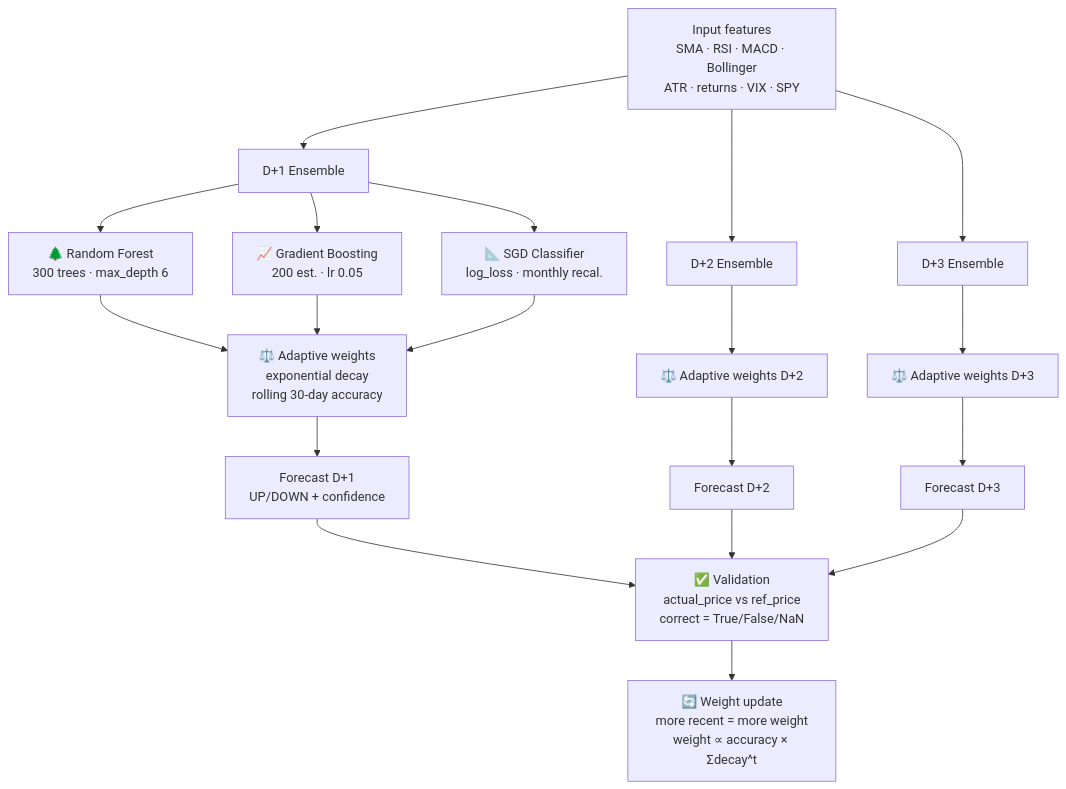
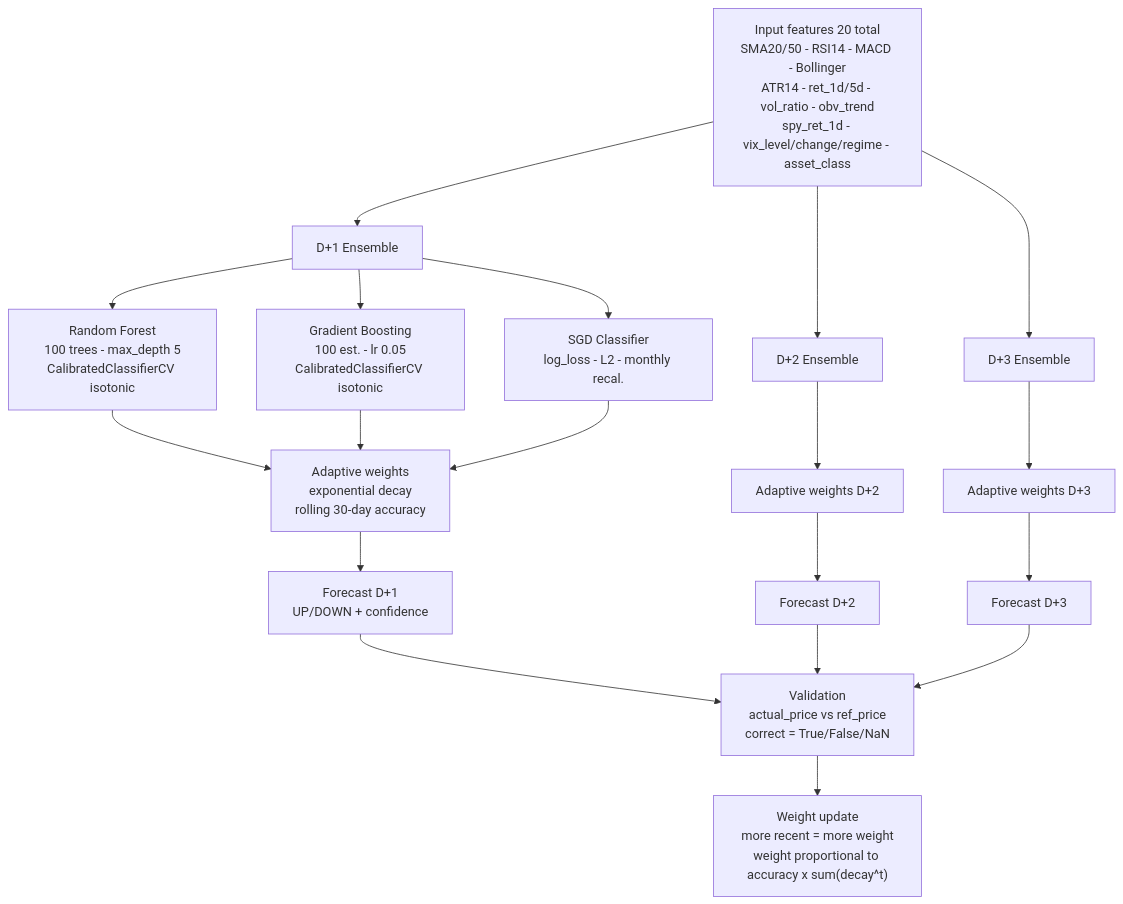
The second of 2 diagrams in .claude/commands/roadmap.md (srxkatsumi/smart-wallet-ml), drawn with Mermaid before and after one commit. The commit also changed other lines of this file and 7 other files, not shown here.

First line of the commit message:
feat: volume features, ATR threshold targets, co-occurrence feature e baselines comparativos

````diff
--- a/.claude/commands/roadmap.md
+++ b/.claude/commands/roadmap.md
@@ -134,17 +314,17 @@
    ```mermaid
    flowchart TD
-       F["Input features\nSMA · RSI · MACD · Bollinger\nATR · returns · VIX · SPY"] --> E1["D+1 Ensemble"]
+       F["Input features 20 total\nSMA20/50 - RSI14 - MACD - Bollinger\nATR14 - ret_1d/5d - vol_ratio - obv_trend\nspy_ret_1d - vix_level/change/regime - asset_class"] --> E1["D+1 Ensemble"]
        F --> E2["D+2 Ensemble"]
        F --> E3["D+3 Ensemble"]
-       E1 --> RF1["🌲 Random Forest\n300 trees · max_depth 6"]
-       E1 --> GB1["📈 Gradient Boosting\n200 est. · lr 0.05"]
-       E1 --> SG1["📐 SGD Classifier\nlog_loss · monthly recal."]
-       RF1 & GB1 & SG1 --> W1["⚖️ Adaptive weights\nexponential decay\nrolling 30-day accuracy"]
+       E1 --> RF1["Random Forest\n100 trees - max_depth 5\nCalibratedClassifierCV isotonic"]
+       E1 --> GB1["Gradient Boosting\n100 est. - lr 0.05\nCalibratedClassifierCV isotonic"]
+       E1 --> SG1["SGD Classifier\nlog_loss - L2 - monthly recal."]
+       RF1 & GB1 & SG1 --> W1["Adaptive weights\nexponential decay\nrolling 30-day accuracy"]
        W1 --> P1["Forecast D+1\nUP/DOWN + confidence"]
-       E2 --> W2["⚖️ Adaptive weights D+2"]
-       E3 --> W3["⚖️ Adaptive weights D+3"]
+       E2 --> W2["Adaptive weights D+2"]
+       E3 --> W3["Adaptive weights D+3"]
        W2 --> P2["Forecast D+2"]
        W3 --> P3["Forecast D+3"]
-       P1 & P2 & P3 --> V["✅ Validation\nactual_price vs ref_price\ncorrect = True/False/NaN"]
-       V --> WU["🔄 Weight update\nmore recent = more weight\nweight ∝ accuracy × Σdecay^t"]
+       P1 & P2 & P3 --> V["Validation\nactual_price vs ref_price\ncorrect = True/False/NaN"]
+       V --> WU["Weight update\nmore recent = more weight\nweight proportional to accuracy x sum(decay^t)"]
    ```
````
